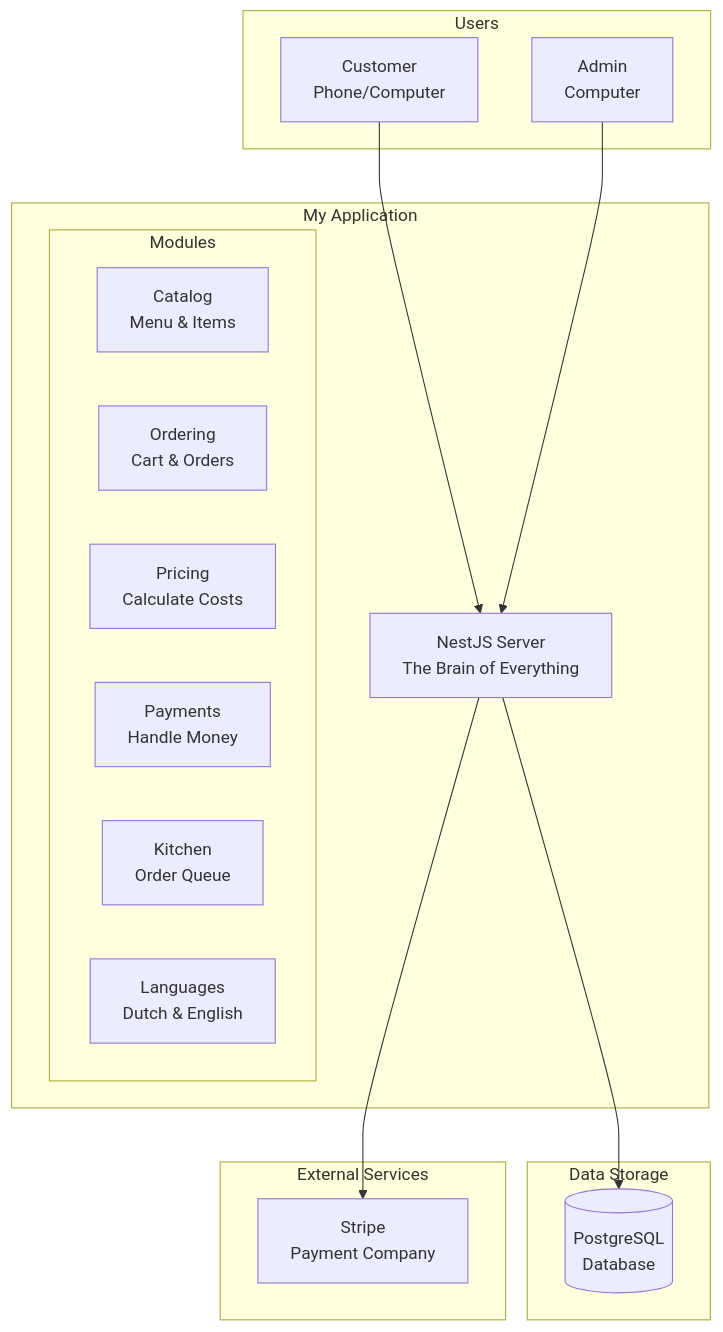
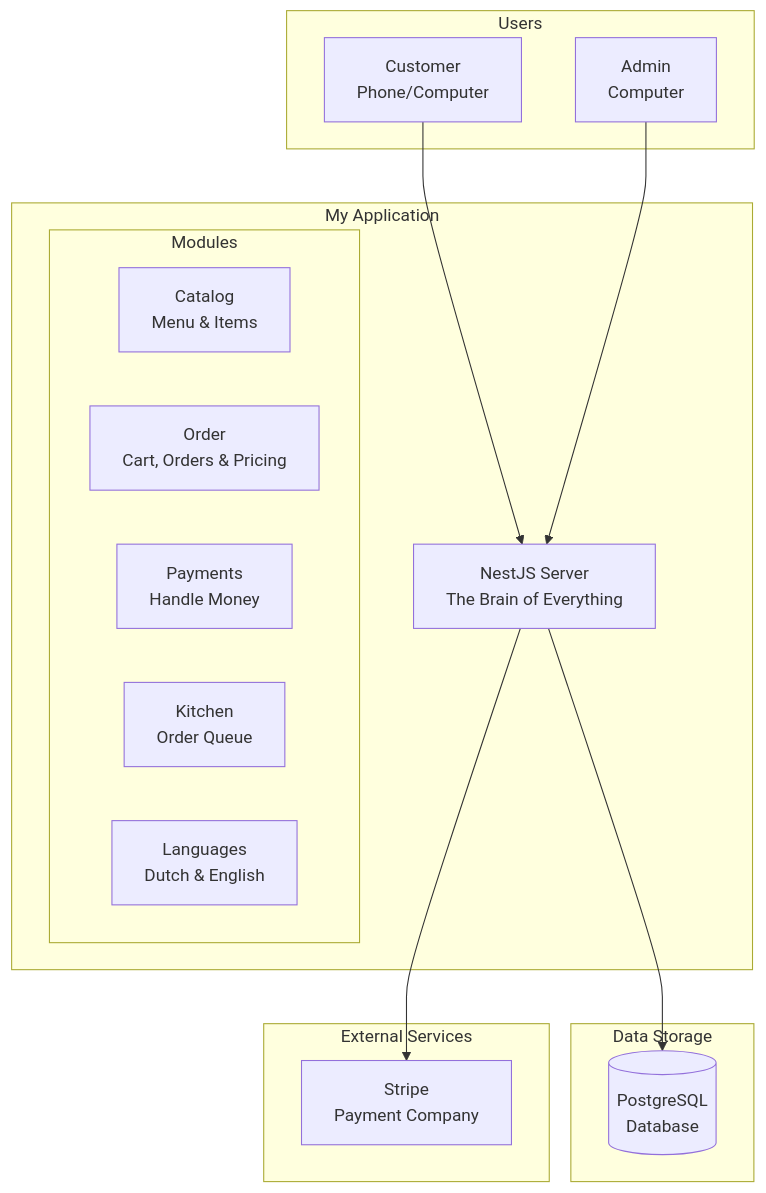
Before and after one commit to Sporidis/frituur-ordering-system: the first of 12 diagrams in docs/TECHNICAL_DESIGN.md, drawn with Mermaid. The commit also changed other lines of this file and 248 other files, not shown here.

Commit message:
refactor: implement OutputPort pattern and improve backend architecture

````diff
--- a/docs/TECHNICAL_DESIGN.md
+++ b/docs/TECHNICAL_DESIGN.md
@@ -17,33 +17,32 @@
 ```mermaid
 graph TB
     subgraph "Users"
         CA[Customer<br/>Phone/Computer]
         AA[Admin<br/>Computer]
     end
     
     subgraph "My Application"
         API[NestJS Server<br/>The Brain of Everything]
         
         subgraph "Modules"
             CAT[Catalog<br/>Menu & Items]
-            ORD[Ordering<br/>Cart & Orders]
-            PRC[Pricing<br/>Calculate Costs]
+            ORD[Order<br/>Cart, Orders & Pricing]
             PAY[Payments<br/>Handle Money]
             KIT[Kitchen<br/>Order Queue]
             I18N[Languages<br/>Dutch & English]
         end
     end
     
     subgraph "Data Storage"
         DB[(PostgreSQL<br/>Database)]
     end
     
     subgraph "External Services"
         STRIPE[Stripe<br/>Payment Company]
     end
     
     CA --> API
     AA --> API
     API --> DB
     API --> STRIPE
 ```
````
